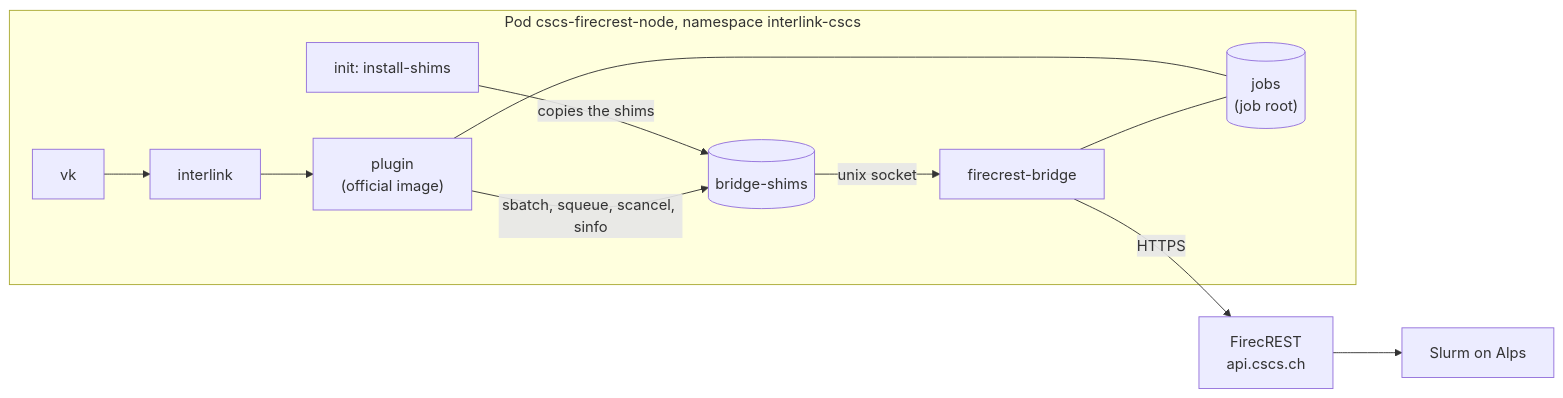
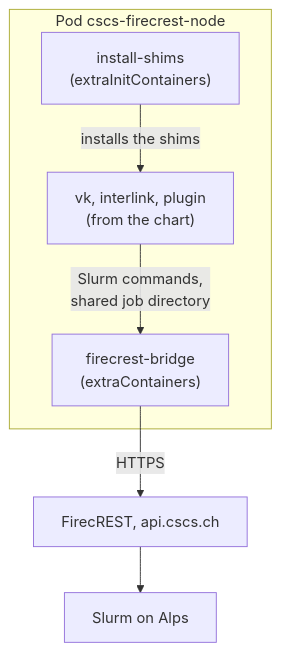
Before and after one commit to matbun/interlink-firecrest-plugin: the diagram in deploy/cscs/README.md, drawn with Mermaid. The commit also changed 1 other file, not shown here.

Commit message:
READMEs: narrower, simpler Mermaid diagrams
Top to bottom instead of left to right, with the shims, socket and job
directory folded into edge labels, so they fit the GitHub page width.

````diff
--- a/deploy/cscs/README.md
+++ b/deploy/cscs/README.md
@@ -10,12 +10,8 @@
 ```mermaid
-flowchart LR
-  subgraph pod["Pod cscs-firecrest-node, namespace interlink-cscs"]
-    init["init: install-shims"] -- "copies the shims" --> shimsvol[("bridge-shims")]
-    vk["vk"] --> interlink["interlink"] --> plugin["plugin<br/>(official image)"]
-    plugin -- "sbatch, squeue, scancel, sinfo" --> shimsvol
-    shimsvol -- "unix socket" --> bridge["firecrest-bridge"]
-    plugin --- jobs[("jobs<br/>(job root)")]
-    bridge --- jobs
+flowchart TB
+  subgraph pod["Pod cscs-firecrest-node"]
+    init["install-shims<br/>(extraInitContainers)"] -- "installs the shims" --> chart["vk, interlink, plugin<br/>(from the chart)"]
+    chart -- "Slurm commands,<br/>shared job directory" --> bridge["firecrest-bridge<br/>(extraContainers)"]
   end
-  bridge -- HTTPS --> firecrest["FirecREST<br/>api.cscs.ch"] --> alps["Slurm on Alps"]
+  bridge -- HTTPS --> firecrest["FirecREST, api.cscs.ch"] --> alps["Slurm on Alps"]
 ```
````
